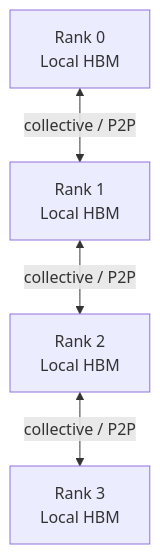
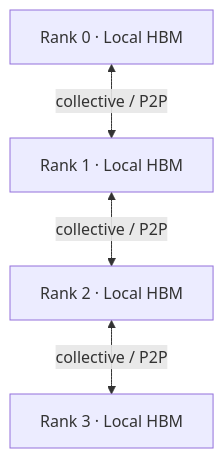
Before and after one commit to AkiYangDev/llm-inference-notes: the first of 5 diagrams in docs/distributed/why-large-models-need-multi-card-tp-dp-ep.md, drawn with Mermaid. The commit also changed other lines of this file and 44 other files, not shown here.

````diff
--- a/docs/distributed/why-large-models-need-multi-card-tp-dp-ep.md
+++ b/docs/distributed/why-large-models-need-multi-card-tp-dp-ep.md
@@ -58,11 +54,11 @@
 ```mermaid
 flowchart TD
-    R0["Rank 0<br/>Local HBM"]
-    R1["Rank 1<br/>Local HBM"]
-    R2["Rank 2<br/>Local HBM"]
-    R3["Rank 3<br/>Local HBM"]
+    R0["Rank 0 · Local HBM"]
+    R1["Rank 1 · Local HBM"]
+    R2["Rank 2 · Local HBM"]
+    R3["Rank 3 · Local HBM"]
 
     R0 <-->|collective / P2P| R1
     R1 <-->|collective / P2P| R2
     R2 <-->|collective / P2P| R3
 ```
````
